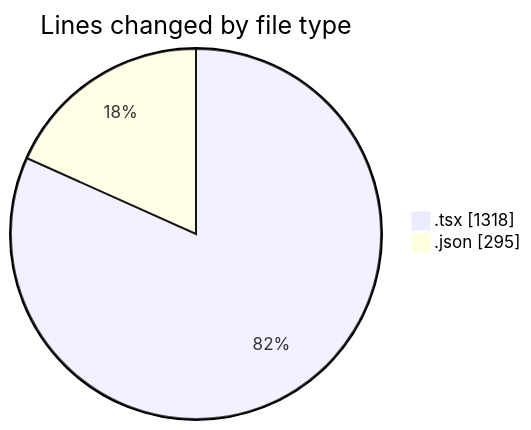
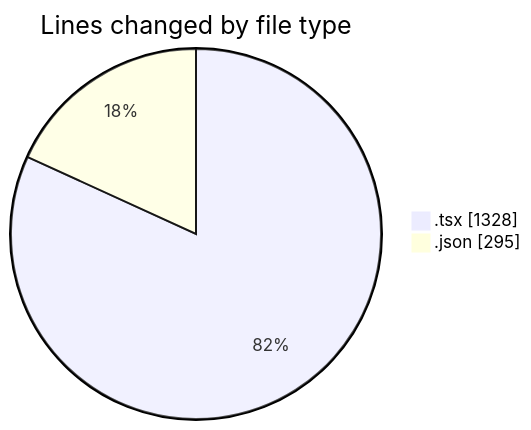
The first of 2 diagrams in 2025-10-11/eventscop-frontend-guide__workspace_/README.md (julien-gomy/code-tracking), drawn with Mermaid before and after one commit. The commit also changed other lines of this file and 1 other file, not shown here.

````diff
--- a/2025-10-11/eventscop-frontend-guide__workspace_/README.md
+++ b/2025-10-11/eventscop-frontend-guide__workspace_/README.md
@@ -33,6 +33,6 @@
 ```mermaid
 pie showData
 title Lines changed by file type
-".tsx" : 1318
+".tsx" : 1328
 ".json" : 295
 ```
````
